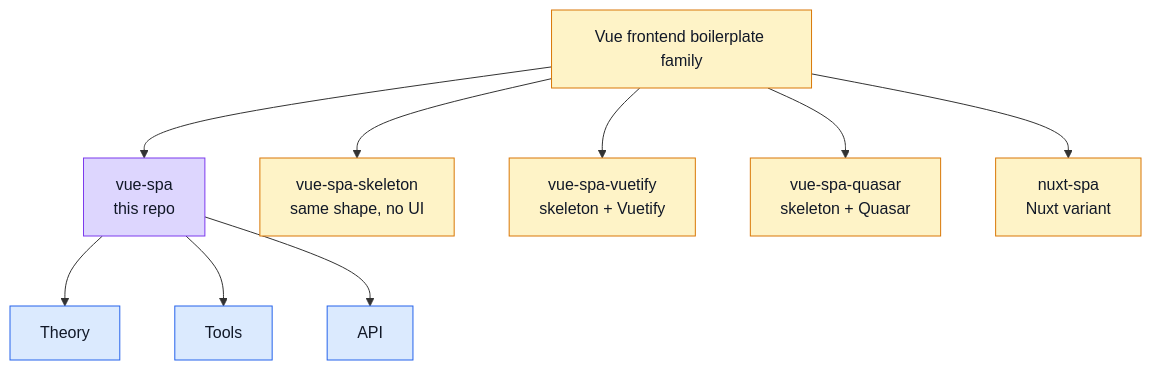
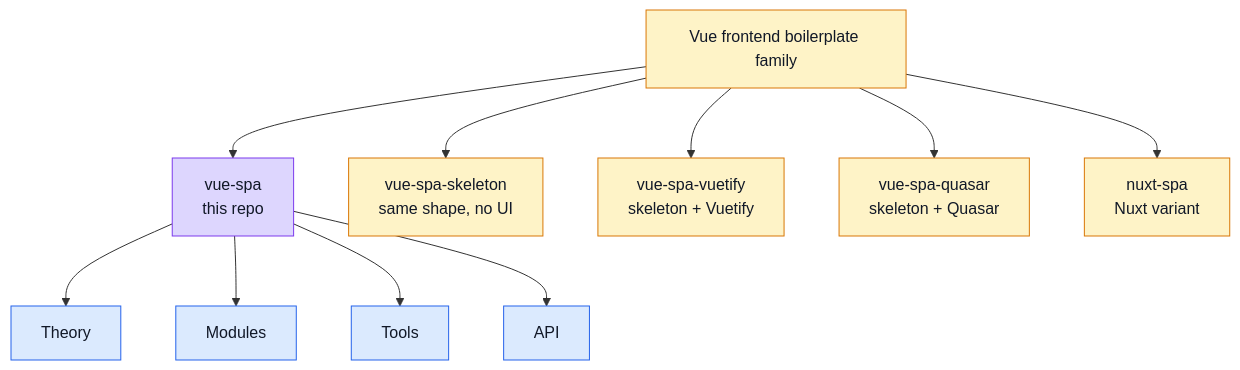
The first of 2 diagrams in docs/index.md (Guebbit/boilerplate-vue-frontend), drawn with Mermaid before and after one commit. The commit also changed other lines of this file and 38 other files, not shown here.

````diff
--- a/docs/index.md
+++ b/docs/index.md
@@ -39,20 +39,21 @@
 ```mermaid
 %%{init: {'flowchart': {'nodeSpacing': 55, 'rankSpacing': 70}}}%%
 flowchart TD
     A[Vue frontend boilerplate family] --> B[vue-spa\nthis repo]
     A --> C[vue-spa-skeleton\nsame shape, no UI]
     A --> D[vue-spa-vuetify\nskeleton + Vuetify]
     A --> E[vue-spa-quasar\nskeleton + Quasar]
     A --> F[nuxt-spa\nNuxt variant]
 
     B --> T[Theory]
+    B --> M[Modules]
     B --> U[Tools]
     B --> V[API]
 
     classDef family fill:#fef3c7,stroke:#d97706,color:#111827;
     classDef current fill:#ddd6fe,stroke:#7c3aed,color:#111827;
     classDef docs fill:#dbeafe,stroke:#2563eb,color:#111827;
     class A,C,D,E,F family;
     class B current;
-    class T,U,V docs;
+    class T,M,U,V docs;
 ```
````
